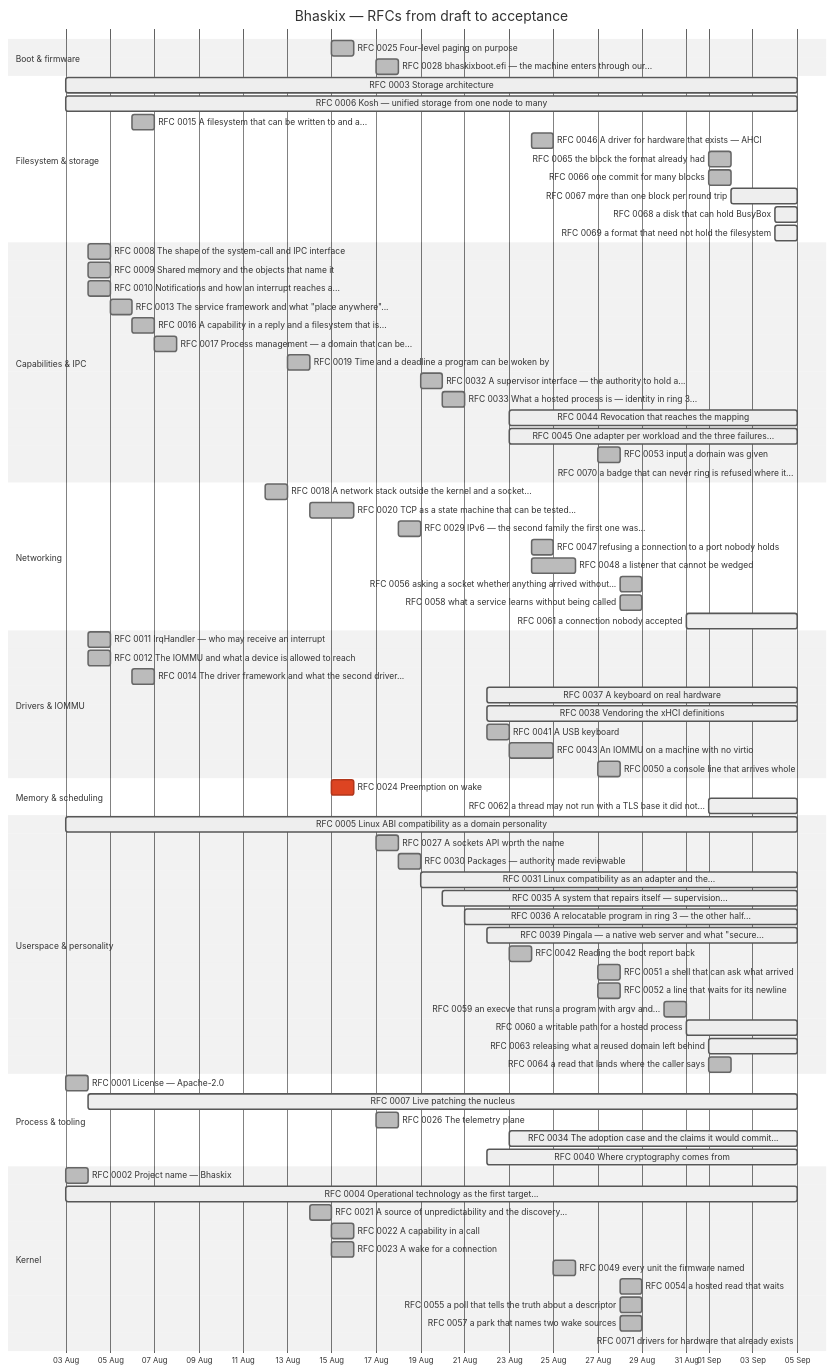
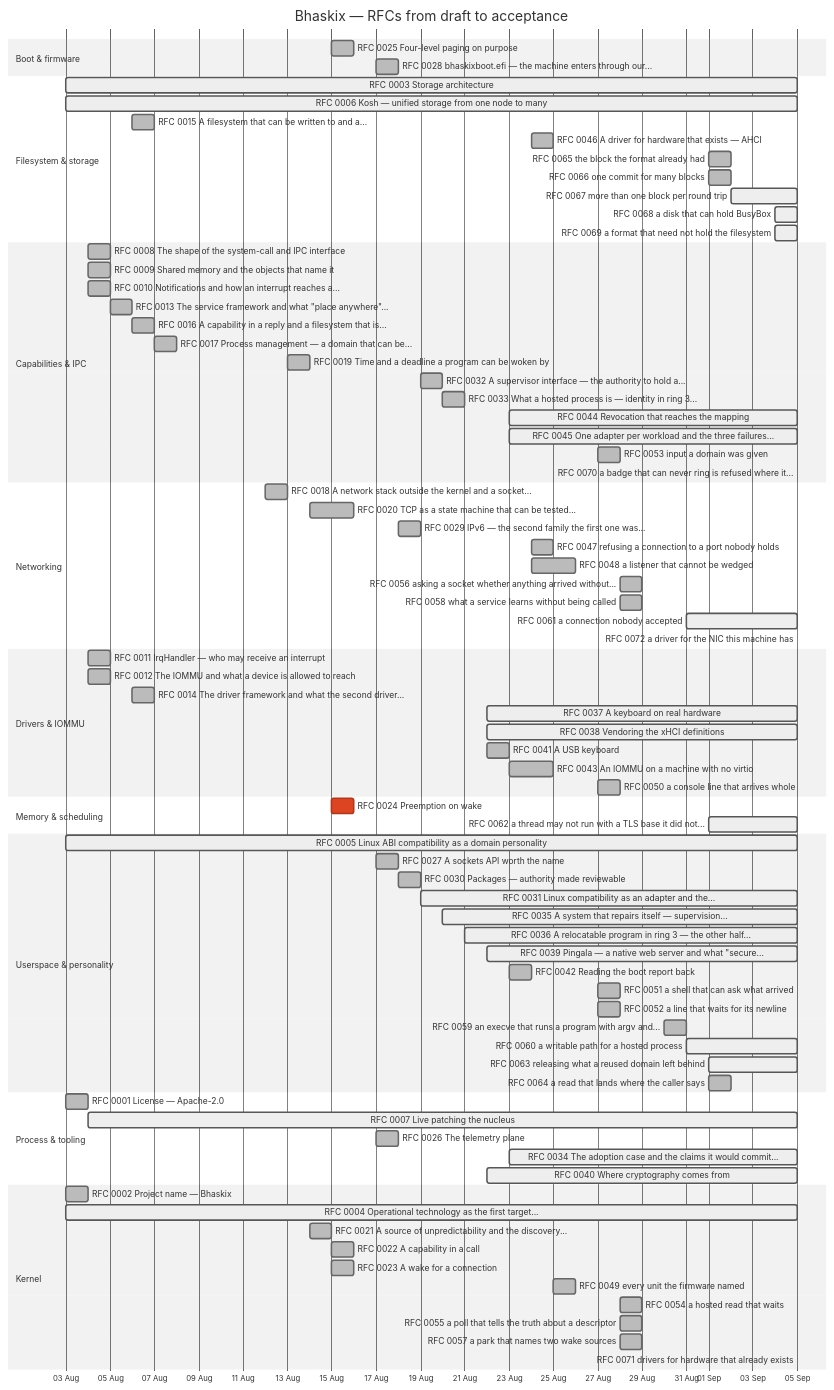
Before and after one commit to bhaskix/bhaskix: the diagram in docs/progress.md, drawn with Mermaid (neutral theme). The commit also changed other lines of this file and 1 other file, not shown here.

First line of the commit message:
rfc: a driver for the NIC this machine has

```diff
--- a/docs/progress.md
+++ b/docs/progress.md
@@ -63,6 +63,7 @@
     RFC 0056 asking a socket whether anything arrived without... :done, r0056, 2026-08-28, 1d
     RFC 0058 what a service learns without being called :done, r0058, 2026-08-28, 1d
     RFC 0061 a connection nobody accepted :active, r0061, 2026-08-31, 2026-09-05
+    RFC 0072 a driver for the NIC this machine has :active, r0072, 2026-09-05, 2026-09-05
     section Drivers & IOMMU
     RFC 0011 IrqHandler — who may receive an interrupt :done, r0011, 2026-08-04, 1d
     RFC 0012 The IOMMU and what a device is allowed to reach :done, r0012, 2026-08-04, 1d
```
